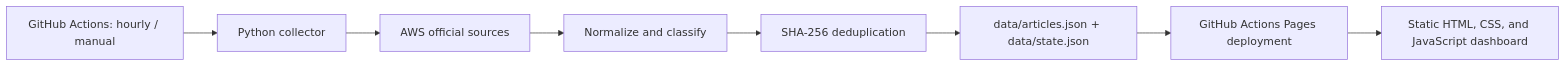
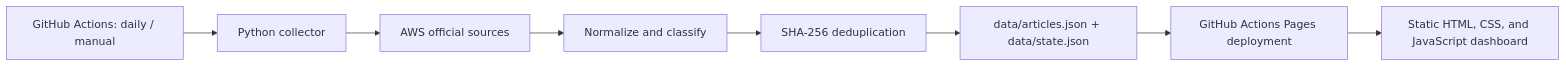
One commit to Suraj58143/aws-release-monitor changed the first of 2 diagrams in README.md. Above: the diagram before and after it, drawn with Mermaid. The commit also changed other lines of this file and 2 other files, not shown here.

Commit message:
Schedule AWS announcement refresh daily

````diff
--- a/README.md
+++ b/README.md
@@ -12,10 +12,10 @@
 ```mermaid
 flowchart LR
-    A[GitHub Actions: hourly / manual] --> B[Python collector]
+    A[GitHub Actions: daily / manual] --> B[Python collector]
     B --> C[AWS official sources]
     C --> D[Normalize and classify]
     D --> E[SHA-256 deduplication]
     E --> F[data/articles.json + data/state.json]
     F --> G[GitHub Actions Pages deployment]
     G --> H[Static HTML, CSS, and JavaScript dashboard]
 ```
````
